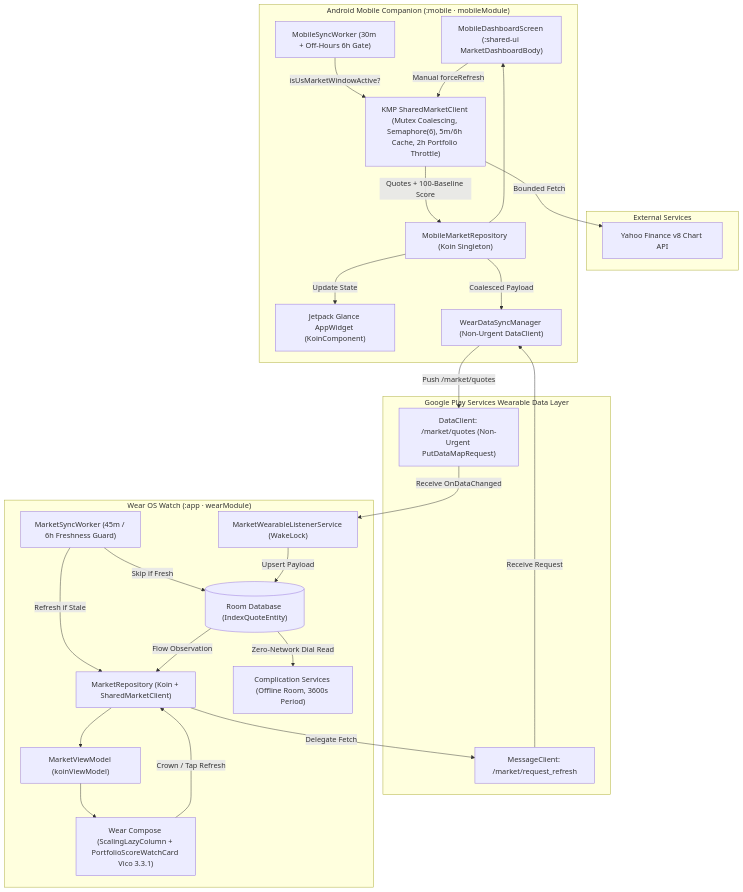
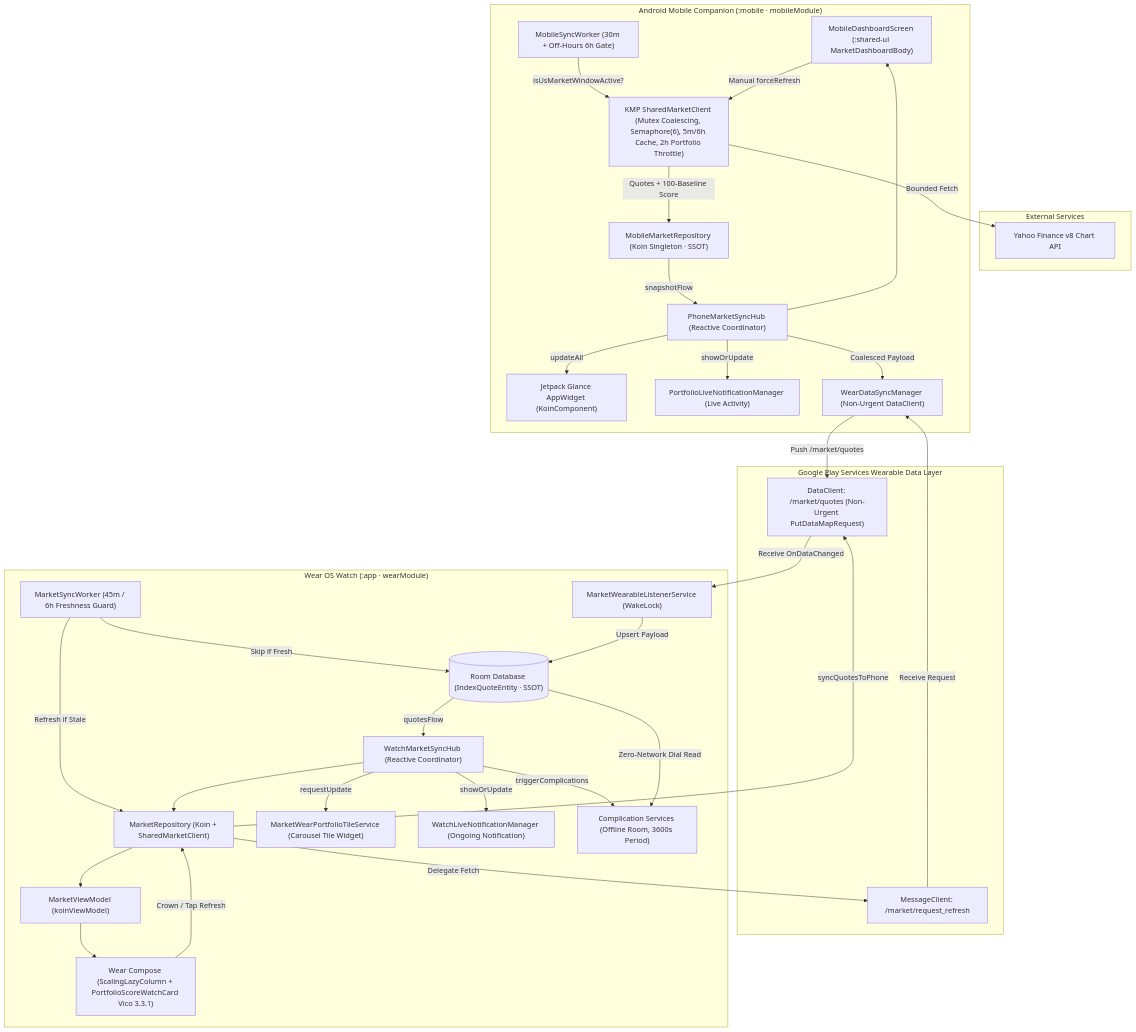
One commit to mohitb117/MarketWearWatch changed the second of 5 diagrams in README.md. Above: the diagram before and after it, drawn with Mermaid. The commit also changed other lines of this file and 5 other files, not shown here.

Commit message:
docs(arch): document Single Source of Truth architecture in RFC, READMEs, and web showcase diagrams

````diff
--- a/README.md
+++ b/README.md
@@ -23,52 +96,64 @@
 ```mermaid
 flowchart TD
     subgraph Cloud ["External Services"]
         YF["Yahoo Finance v8 Chart API"]
     end
 
     subgraph PhoneDevice ["Android Mobile Companion (:mobile · mobileModule)"]
         PhoneUI["MobileDashboardScreen (:shared-ui MarketDashboardBody)"]
         SharedClient["KMP SharedMarketClient (Mutex Coalescing, Semaphore(6), 5m/6h Cache, 2h Portfolio Throttle)"]
-        PhoneRepo["MobileMarketRepository (Koin Singleton)"]
+        PhoneRepo["MobileMarketRepository (Koin Singleton · SSOT)"]
+        PhoneHub["PhoneMarketSyncHub (Reactive Coordinator)"]
         WorkMgr["MobileSyncWorker (30m + Off-Hours 6h Gate)"]
         GlanceWidget["Jetpack Glance AppWidget (KoinComponent)"]
+        LiveNotifMgr["PortfolioLiveNotificationManager (Live Activity)"]
         WearSyncMgr["WearDataSyncManager (Non-Urgent DataClient)"]
 
         WorkMgr -->|isUsMarketWindowActive?| SharedClient
         PhoneUI -->|Manual forceRefresh| SharedClient
         SharedClient -->|Bounded Fetch| YF
         SharedClient -->|Quotes + 100-Baseline Score| PhoneRepo
-        PhoneRepo --> PhoneUI
-        PhoneRepo -->|Update State| GlanceWidget
-        PhoneRepo -->|Coalesced Payload| WearSyncMgr
+        PhoneRepo -->|snapshotFlow| PhoneHub
+        PhoneHub --> PhoneUI
+        PhoneHub -->|showOrUpdate| LiveNotifMgr
+        PhoneHub -->|updateAll| GlanceWidget
+        PhoneHub -->|Coalesced Payload| WearSyncMgr
     end
 
     subgraph WearableLayer ["Google Play Services Wearable Data Layer"]
         DataClientMsg["DataClient: /market/quotes (Non-Urgent PutDataMapRequest)"]
         MsgClientReq["MessageClient: /market/request_refresh"]
     end
 
     subgraph WatchDevice ["Wear OS Watch (:app · wearModule)"]
         ListenerSvc["MarketWearableListenerService (WakeLock)"]
-        RoomDB[("Room Database (IndexQuoteEntity)")]
+        RoomDB[("Room Database (IndexQuoteEntity · SSOT)")]
+        WatchHub["WatchMarketSyncHub (Reactive Coordinator)"]
         WatchRepo["MarketRepository (Koin + SharedMarketClient)"]
         WatchWorker["MarketSyncWorker (45m / 6h Freshness Guard)"]
         WatchVM["MarketViewModel (koinViewModel)"]
         WatchUI["Wear Compose (ScalingLazyColumn + PortfolioScoreWatchCard Vico 3.3.1)"]
+        WatchTileSvc["MarketWearPortfolioTileService (Carousel Tile Widget)"]
+        WatchLiveNotif["WatchLiveNotificationManager (Ongoing Notification)"]
         ComplicationSvc["Complication Services (Offline Room, 3600s Period)"]
 
         WatchUI -->|Crown / Tap Refresh| WatchRepo
         WatchWorker -->|Skip if Fresh| RoomDB
         WatchWorker -->|Refresh if Stale| WatchRepo
         WatchRepo -->|Delegate Fetch| MsgClientReq
+        WatchRepo -->|syncQuotesToPhone| DataClientMsg
         DataClientMsg -->|Receive OnDataChanged| ListenerSvc
         ListenerSvc -->|Upsert Payload| RoomDB
-        RoomDB -->|Flow Observation| WatchRepo
+        RoomDB -->|quotesFlow| WatchHub
+        WatchHub --> WatchRepo
         WatchRepo --> WatchVM
         WatchVM --> WatchUI
+        WatchHub -->|requestUpdate| WatchTileSvc
+        WatchHub -->|showOrUpdate| WatchLiveNotif
+        WatchHub -->|triggerComplications| ComplicationSvc
         RoomDB -->|Zero-Network Dial Read| ComplicationSvc
     end
 
     WearSyncMgr -->|Push /market/quotes| DataClientMsg
     MsgClientReq -->|Receive Request| WearSyncMgr
 ```
````
